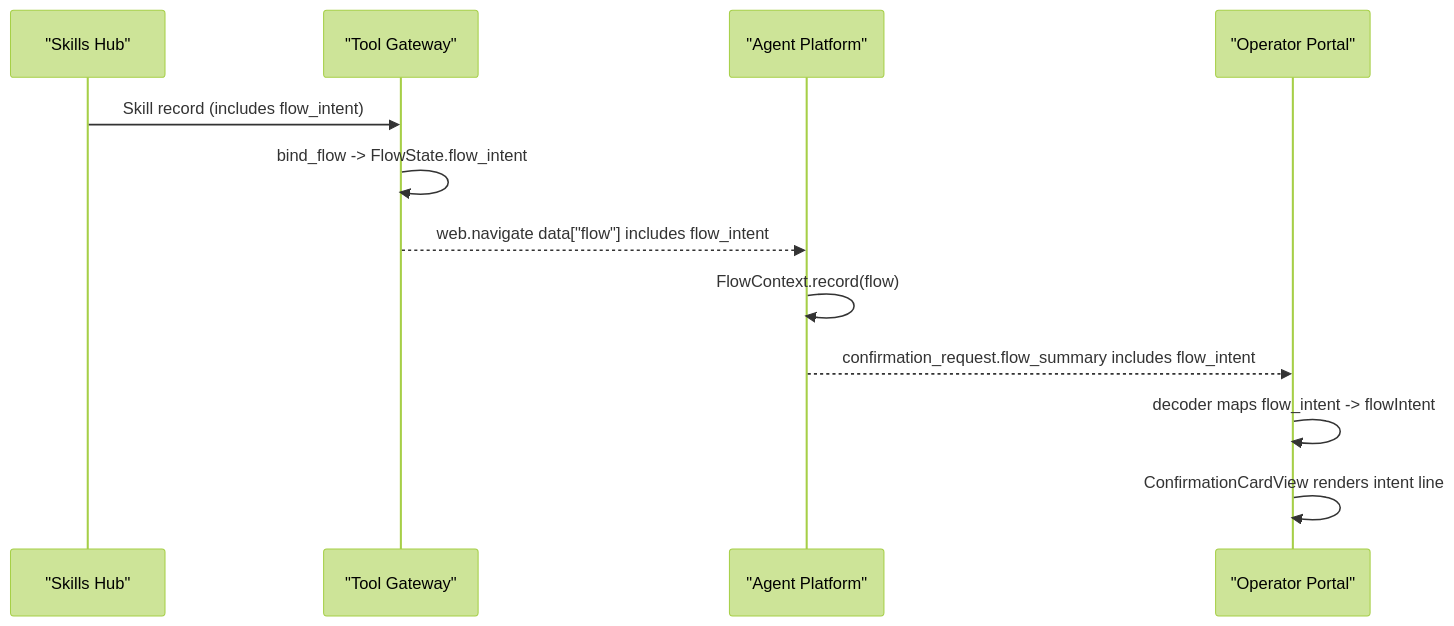
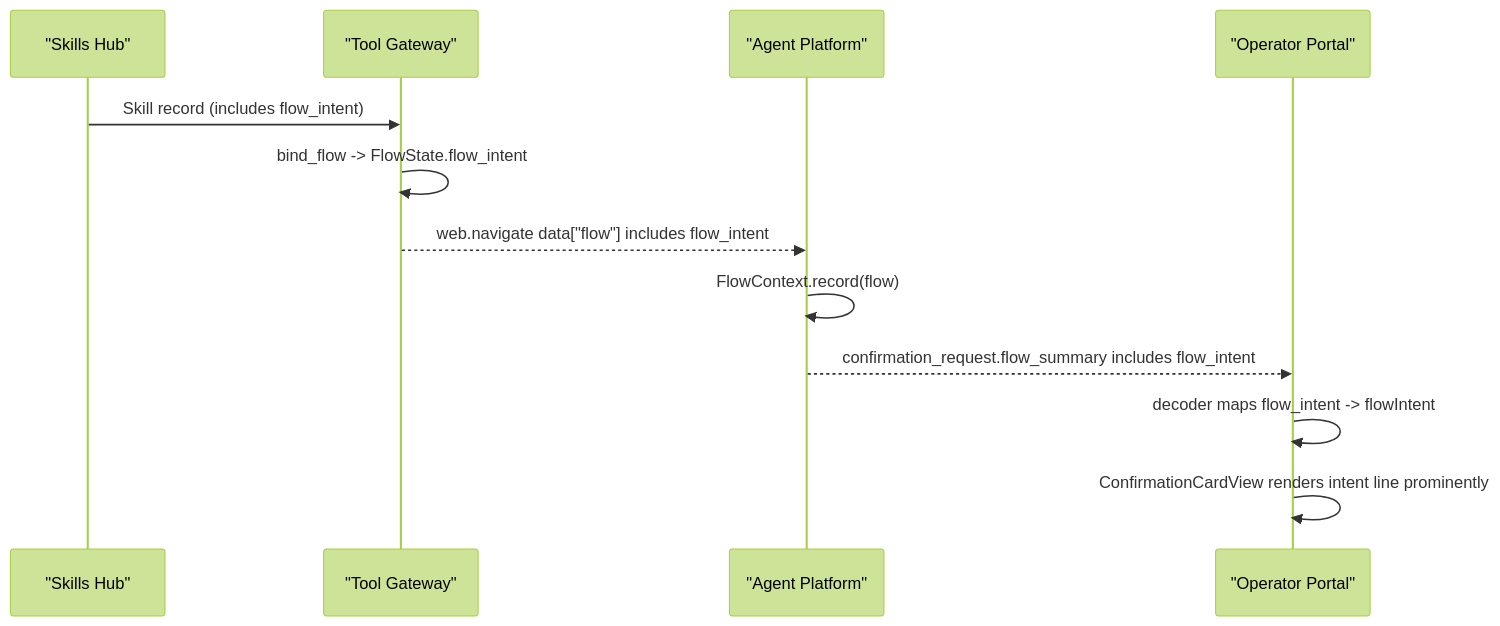
One commit to metasync/luban-aiops changed the second of 7 diagrams in .qoder/repowiki/en/content/Architecture Documentation/SPEC-053_ Skill-Declared Step Intent on Browser Confirmation Cards.md. Above: the diagram before and after it, drawn with Mermaid (forest theme). The commit also changed other lines of this file and 6 other files, not shown here.

````diff
--- a/.qoder/repowiki/en/content/Architecture Documentation/SPEC-053_ Skill-Declared Step Intent on Browser Confirmation Cards.md
+++ b/.qoder/repowiki/en/content/Architecture Documentation/SPEC-053_ Skill-Declared Step Intent on Browser Confirmation Cards.md
@@ -95,14 +103,14 @@
 ```mermaid
 sequenceDiagram
 participant SH as "Skills Hub"
 participant TG as "Tool Gateway"
 participant AP as "Agent Platform"
 participant OP as "Operator Portal"
 SH->>TG : Skill record (includes flow_intent)
 TG->>TG : bind_flow -> FlowState.flow_intent
 TG-->>AP : web.navigate data["flow"] includes flow_intent
 AP->>AP : FlowContext.record(flow)
 AP-->>OP : confirmation_request.flow_summary includes flow_intent
 OP->>OP : decoder maps flow_intent -> flowIntent
-OP->>OP : ConfirmationCardView renders intent line
+OP->>OP : ConfirmationCardView renders intent line prominently
 ```
````
